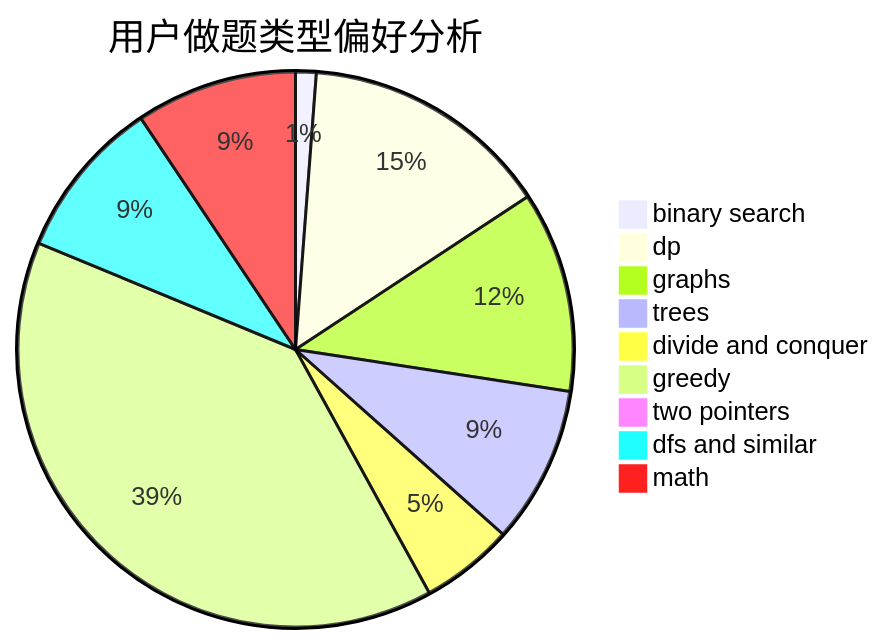
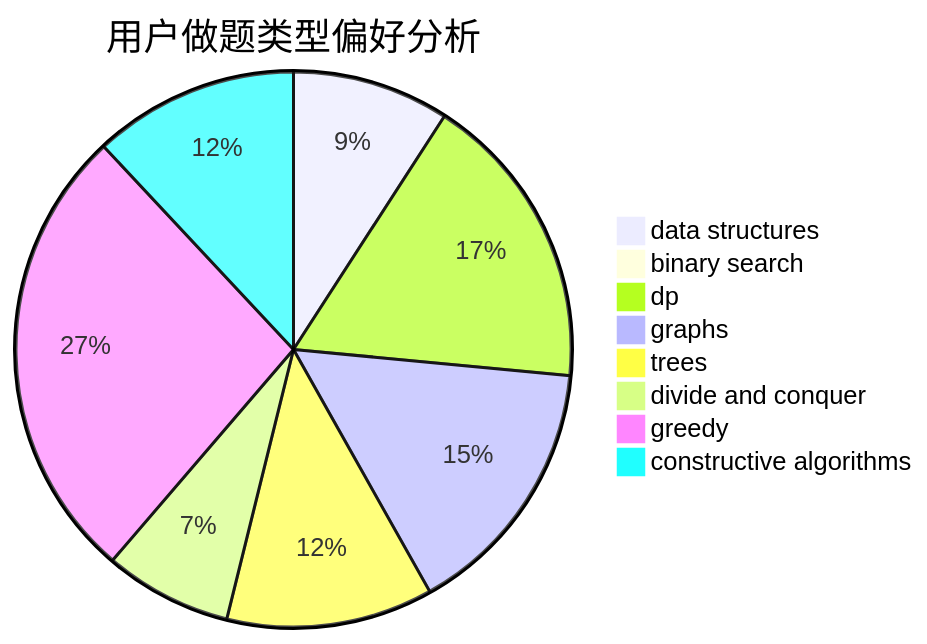
Before and after one commit to sherpahu/cfrs.github.io: the second of 3 diagrams in docs/user/u209.md, drawn with Mermaid. The commit also changed other lines of this file and 2775 other files, not shown here.

````diff
--- a/docs/user/u209.md
+++ b/docs/user/u209.md
@@ -23,12 +23,11 @@
 ```mermaid
 pie title 用户做题类型偏好分析
-    "binary search" :  27
-    "dp" :  327
-    "graphs" :  263
-    "trees" :  206
-    "divide and conquer" :  122
-    "greedy" :  883
-    "two pointers" :  0
-    "dfs and similar" :  211
-    "math" :  211
+    "data structures" :  149
+    "binary search" :  1
+    "dp" :  283
+    "graphs" :  250
+    "trees" :  196
+    "divide and conquer" :  121
+    "greedy" :  436
+    "constructive algorithms" :  195
 ```
````
